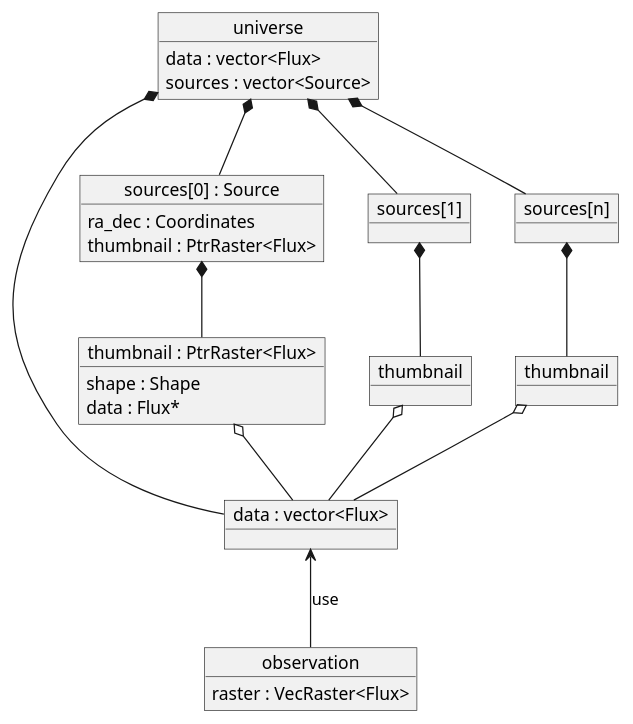
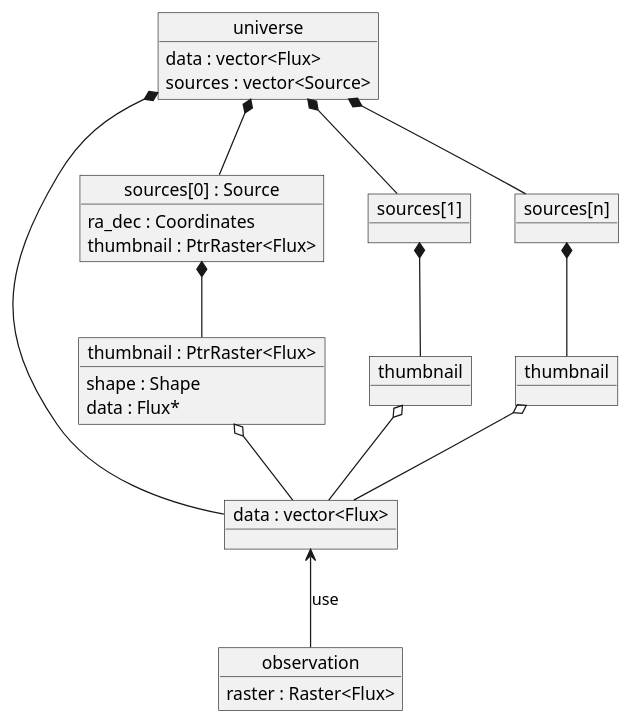
Before and after one commit to CNES/EleFits: the diagram in EleFitsExamples/doc/diagrams/src/dod.puml, drawn with PlantUML. The commit also changed 28 other files, not shown here.

Commit message:
Replace VecRaster with Raster

```diff
--- a/EleFitsExamples/doc/diagrams/src/dod.puml
+++ b/EleFitsExamples/doc/diagrams/src/dod.puml
@@ -1,46 +1,46 @@
 @startuml
 
 object universe {
     data : vector<Flux>
     sources : vector<Source>
 }
 
 object "data : vector<Flux>" as data
 
 object "sources[0] : Source" as sources_0 {
     ra_dec : Coordinates
     thumbnail : PtrRaster<Flux>
 }
 
 object "sources[1]" as sources_1
 object "sources[n]" as sources_n
 
 object "thumbnail : PtrRaster<Flux>" as thumbnail_0 {
     shape : Shape
     data : Flux*
 }
 
 object "thumbnail" as thumbnail_1
 object "thumbnail" as thumbnail_n
 
 universe *- data
 
 universe *-- sources_0
 sources_0 *-- thumbnail_0
 thumbnail_0 o-- data
 
 universe *-- sources_1
 sources_1 *-- thumbnail_1
 thumbnail_1 o-- data
 
 universe *-- sources_n
 sources_n *-- thumbnail_n
 thumbnail_n o-- data
 
 object observation {
-    raster : VecRaster<Flux>
+    raster : Raster<Flux>
 }
 
 data <-- observation : use
 
 @enduml
```
